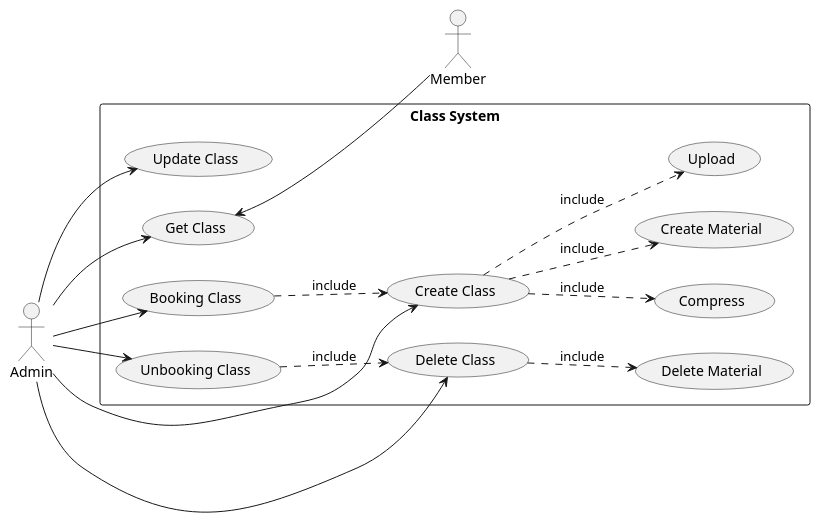
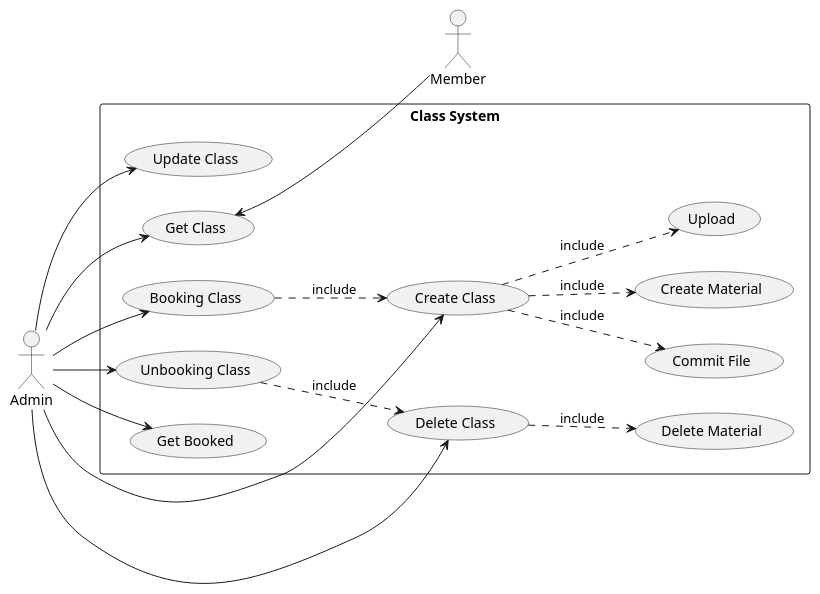
The diagram in UseCase/Release01/ClassSubSystem.wsd (fwidjaya20/fazzlearning-uml), drawn with PlantUML before and after one commit. The commit also changed 5 other files, not shown here.

```diff
--- a/UseCase/Release01/ClassSubSystem.wsd
+++ b/UseCase/Release01/ClassSubSystem.wsd
@@ -1,32 +1,33 @@
 @startuml ClassSubSystem
 
 left to right direction
 
 skinparam Monochrome true
 skinparam Shadowing false
 skinparam packageStyle rectangle
 
 actor Admin
 actor Member
 
 rectangle "Class System" {
     Admin --> (Create Class)
     Admin --> (Update Class)
     Admin --> (Delete Class)
     Admin --> (Get Class)
     Admin --> (Booking Class)
     Admin --> (Unbooking Class)
+    Admin --> (Get Booked)
 
     (Get Class) <-- Member
 
     (Create Class) ..> (Upload) : include
-    (Create Class) ..> (Compress) : include
+    (Create Class) ..> (Commit File) : include
     (Create Class) ..> (Create Material) : include
     
     (Delete Class) ..> (Delete Material) : include
 
     (Booking Class) ..> (Create Class) : include
     (Unbooking Class) ..> (Delete Class) : include
 }
 
 @enduml
```
